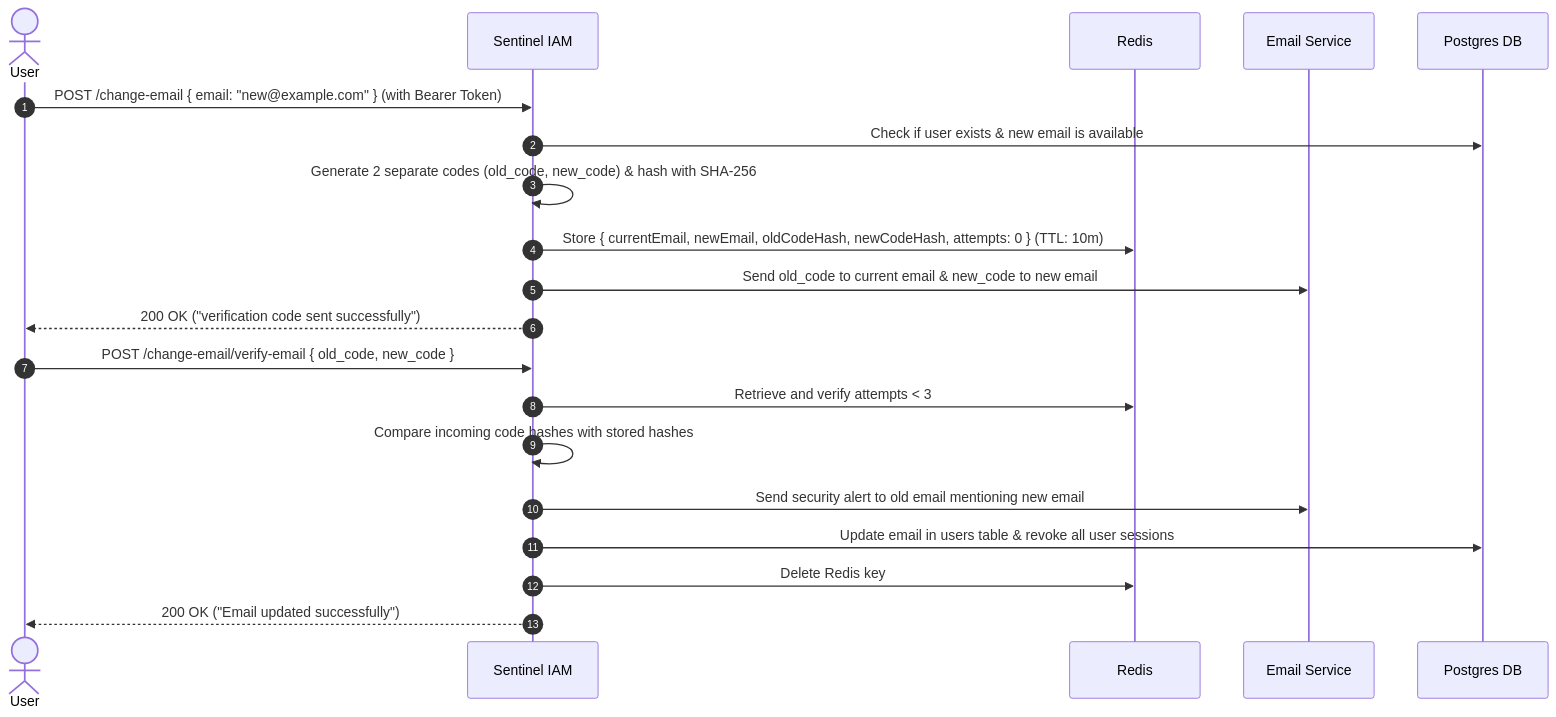
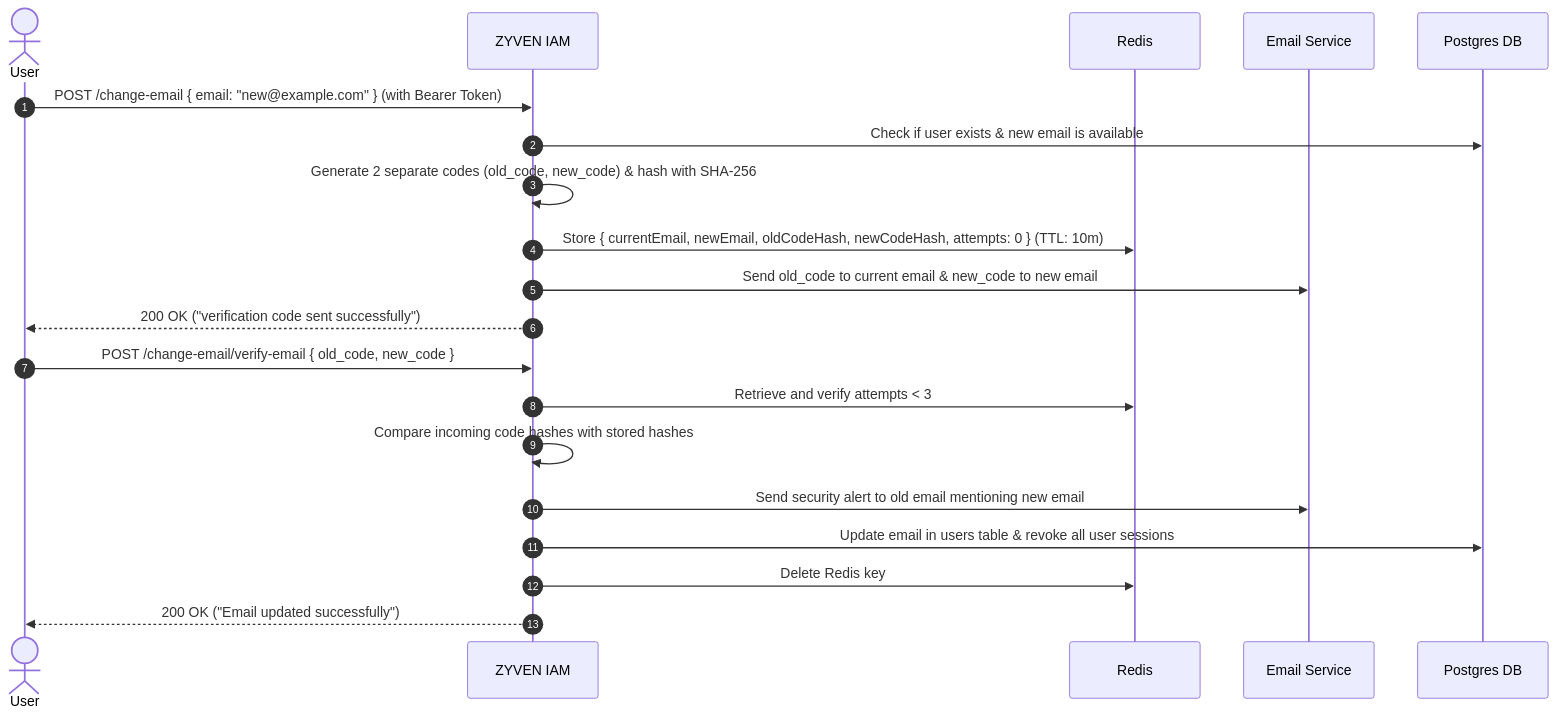
Before and after one commit to Aryan681/Z.Y.V.E.N: the second of 2 diagrams in readme.md, drawn with Mermaid. The commit also changed other lines of this file, not shown here.

````diff
--- a/readme.md
+++ b/readme.md
@@ -121,24 +121,24 @@
 ```mermaid
 sequenceDiagram
     autonumber
     actor User
-    participant API as Sentinel IAM
+    participant API as ZYVEN IAM
     participant Redis
     participant Mail as Email Service
     participant DB as Postgres DB
 
     User->>API: POST /change-email { email: "new@example.com" } (with Bearer Token)
     API->>DB: Check if user exists & new email is available
     API->>API: Generate 2 separate codes (old_code, new_code) & hash with SHA-256
     API->>Redis: Store { currentEmail, newEmail, oldCodeHash, newCodeHash, attempts: 0 } (TTL: 10m)
     API->>Mail: Send old_code to current email & new_code to new email
     API-->>User: 200 OK ("verification code sent successfully")
 
     User->>API: POST /change-email/verify-email { old_code, new_code }
     API->>Redis: Retrieve and verify attempts < 3
     API->>API: Compare incoming code hashes with stored hashes
     API->>Mail: Send security alert to old email mentioning new email
     API->>DB: Update email in users table & revoke all user sessions
     API->>Redis: Delete Redis key
     API-->>User: 200 OK ("Email updated successfully")
 ```
````
